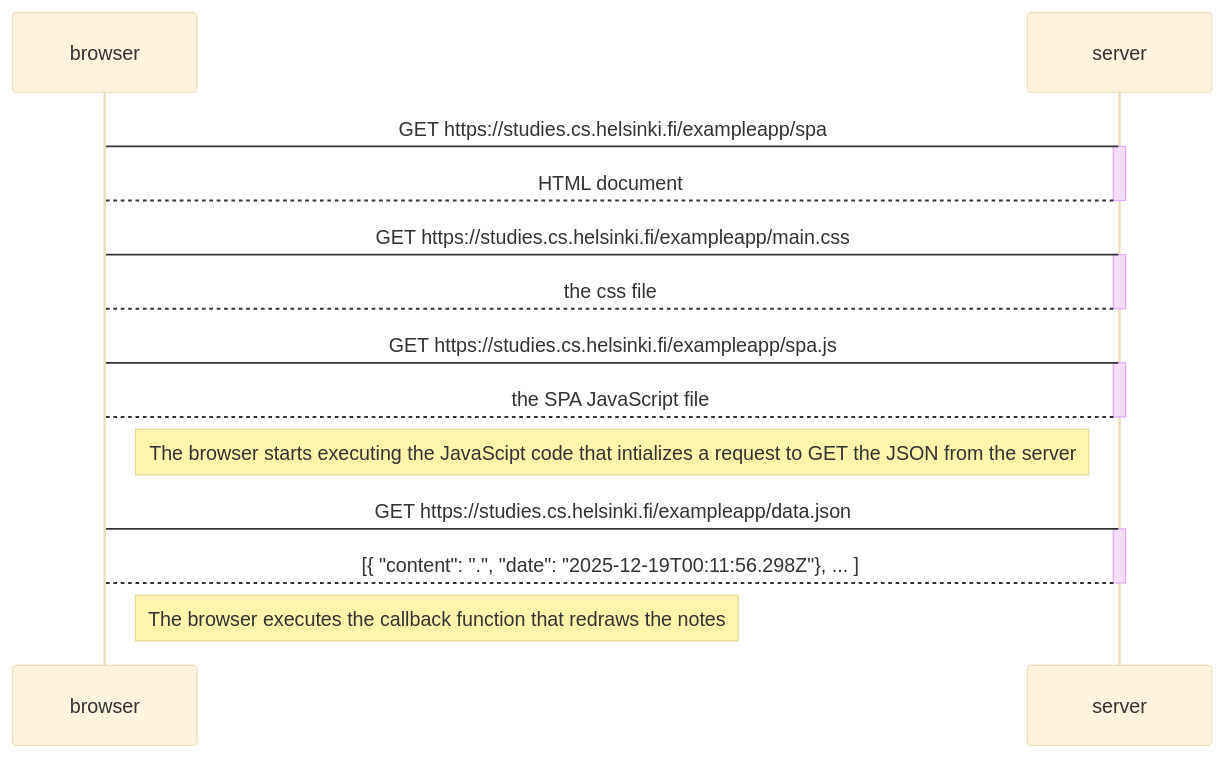
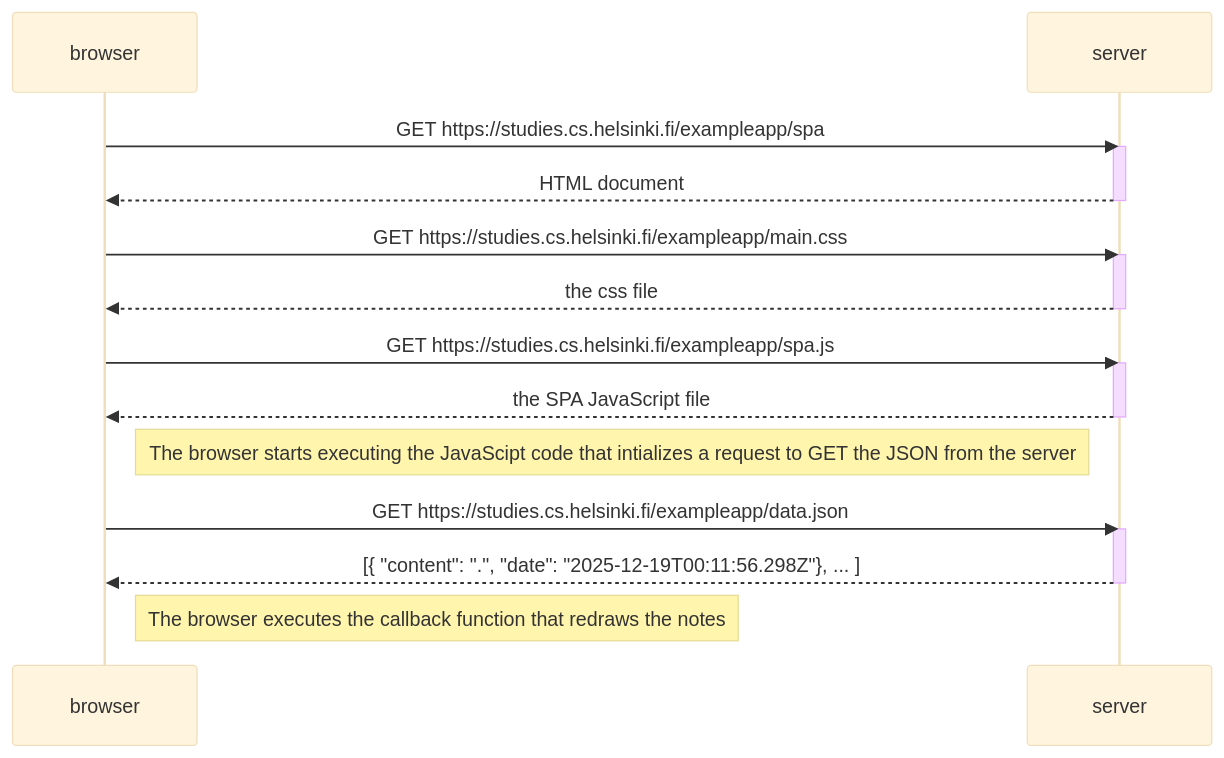
The diagram in part0/0-5-single-page-app.md (jbdemme/full-stack-open), drawn with Mermaid (base theme) before and after one commit.

Commit message:
Add missing arrowheads
Added missing arrowheads to the mermaid diagram

````diff
--- a/part0/0-5-single-page-app.md
+++ b/part0/0-5-single-page-app.md
@@ -1,29 +1,29 @@
 ```mermaid
 sequenceDiagram
     participant browser
     participant server
 
-    browser->server: GET https://studies.cs.helsinki.fi/exampleapp/spa
+    browser->>server: GET https://studies.cs.helsinki.fi/exampleapp/spa
     activate server
-    server-->browser: HTML document
+    server-->>browser: HTML document
     deactivate server
 
-    browser->server: GET https://studies.cs.helsinki.fi/exampleapp/main.css
+    browser->>server: GET https://studies.cs.helsinki.fi/exampleapp/main.css
     activate server
-    server-->browser: the css file
+    server-->>browser: the css file
     deactivate server
 
-    browser->server: GET https://studies.cs.helsinki.fi/exampleapp/spa.js
+    browser->>server: GET https://studies.cs.helsinki.fi/exampleapp/spa.js
     activate server
-    server-->browser: the SPA JavaScript file
+    server-->>browser: the SPA JavaScript file
     deactivate server
 
     Note right of browser: The browser starts executing the JavaScipt code that intializes a request to GET the JSON from the server
 
-    browser->server: GET https://studies.cs.helsinki.fi/exampleapp/data.json
+    browser->>server: GET https://studies.cs.helsinki.fi/exampleapp/data.json
     activate server
-    server-->browser: [{ "content": ".", "date": "2025-12-19T00:11:56.298Z"}, ... ]
+    server-->>browser: [{ "content": ".", "date": "2025-12-19T00:11:56.298Z"}, ... ]
     deactivate server
 
     Note right of browser: The browser executes the callback function that redraws the notes
 ```
````
